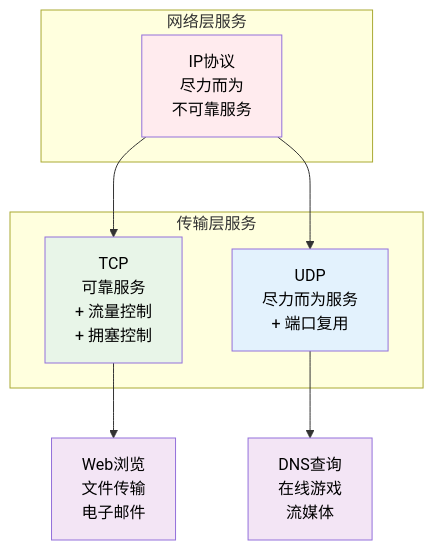
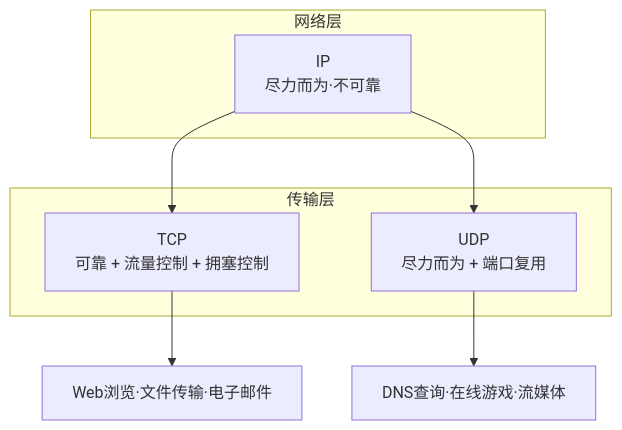
Before and after one commit to Dtheme/CS-base: the second of 9 diagrams in 计算机网络/3.1传输层：服务模型与多路复用.md, drawn with Mermaid. The commit also changed other lines of this file and 51 other files, not shown here.

````diff
--- a/计算机网络/3.1传输层：服务模型与多路复用.md
+++ b/计算机网络/3.1传输层：服务模型与多路复用.md
@@ -121,23 +121,14 @@
 ```mermaid
 graph TB
-    subgraph "网络层服务"
-        IP[IP协议<br/>尽力而为<br/>不可靠服务]
-        style IP fill:#ffebee,color:#000000
+    subgraph 网络层
+        IP[IP<br/>尽力而为·不可靠]
     end
-    
-    subgraph "传输层服务"
-        TCP[TCP<br/>可靠服务<br/>+ 流量控制<br/>+ 拥塞控制]
-        UDP[UDP<br/>尽力而为服务<br/>+ 端口复用]
-        style TCP fill:#e8f5e8,color:#000000
-        style UDP fill:#e3f2fd,color:#000000
+    subgraph 传输层
+        TCP[TCP<br/>可靠 + 流量控制 + 拥塞控制]
+        UDP[UDP<br/>尽力而为 + 端口复用]
     end
-    
     IP --> TCP
     IP --> UDP
-    
-    TCP --> APP1[Web浏览<br/>文件传输<br/>电子邮件]
-    UDP --> APP2[DNS查询<br/>在线游戏<br/>流媒体]
-    
-    style APP1 fill:#f3e5f5,color:#000000
-    style APP2 fill:#f3e5f5,color:#000000
+    TCP --> APP1[Web浏览·文件传输·电子邮件]
+    UDP --> APP2[DNS查询·在线游戏·流媒体]
 ```
````
